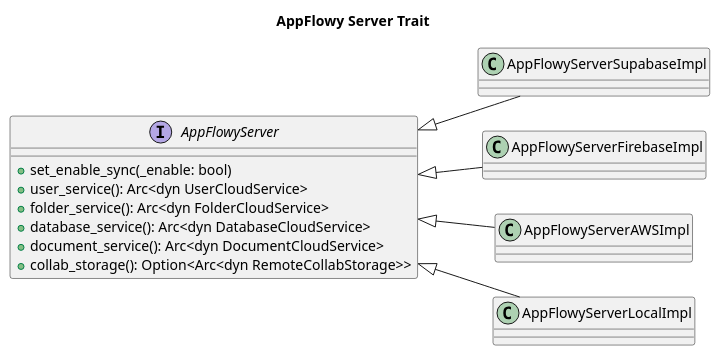
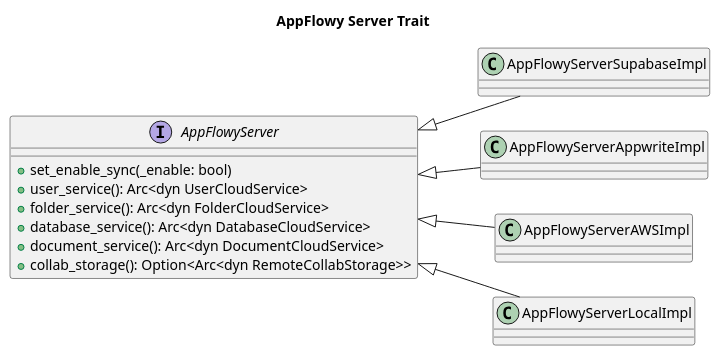
Before and after one commit to AppFlowy-IO/AppFlowy-Docs: the third of 5 diagrams in essential-documentation/appflowy-cloud/uml.plantuml, drawn with PlantUML. The commit also changed other lines of this file and 3 other files, not shown here.

```diff
--- a/essential-documentation/appflowy-cloud/uml.plantuml
+++ b/essential-documentation/appflowy-cloud/uml.plantuml
@@ -66,29 +66,29 @@
 @startuml
 title AppFlowy Server Trait
 left to right direction
 interface AppFlowyServer {
   + set_enable_sync(_enable: bool)
   + user_service(): Arc<dyn UserCloudService>
   + folder_service(): Arc<dyn FolderCloudService>
   + database_service(): Arc<dyn DatabaseCloudService>
   + document_service(): Arc<dyn DocumentCloudService>
   + collab_storage(): Option<Arc<dyn RemoteCollabStorage>>
 }
 
 class AppFlowyServerSupabaseImpl {
 }
 
-class AppFlowyServerFirebaseImpl {
+class AppFlowyServerAppwriteImpl {
 }
 
 class AppFlowyServerAWSImpl {
 }
 
 class AppFlowyServerLocalImpl {
 }
 
 AppFlowyServerSupabaseImpl -u-|> AppFlowyServer
-AppFlowyServerFirebaseImpl -u-|> AppFlowyServer
+AppFlowyServerAppwriteImpl -u-|> AppFlowyServer
 AppFlowyServerAWSImpl -u-|> AppFlowyServer
 AppFlowyServerLocalImpl -u-|> AppFlowyServer
 @enduml
```
